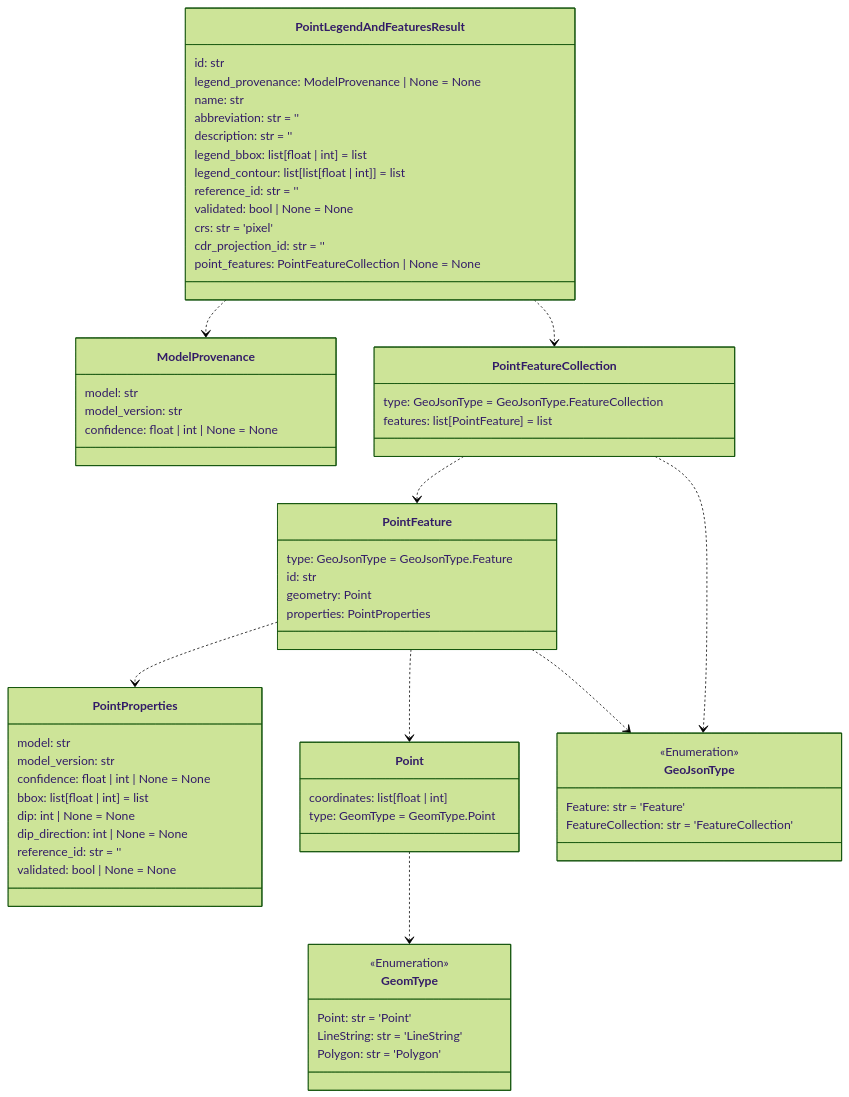
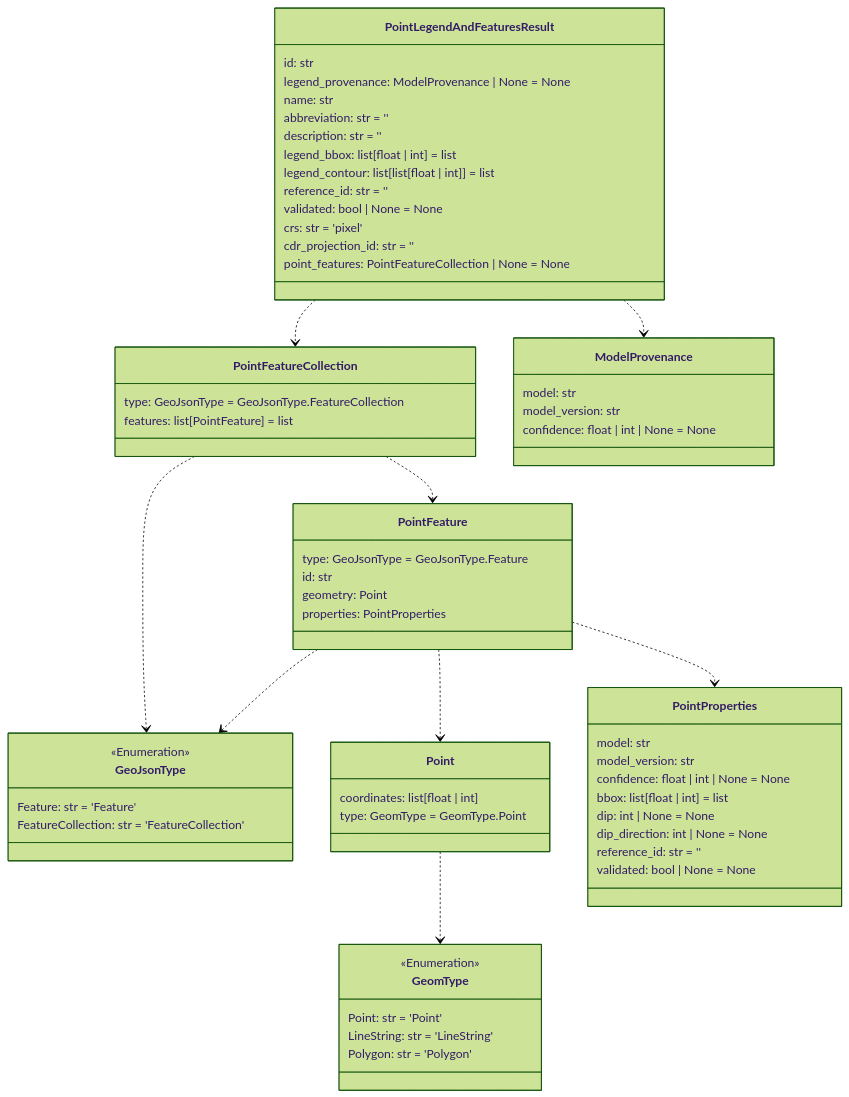
One commit to DARPA-CRITICALMAAS/cdr_schemas changed the fifth of 14 diagrams in README.md. Above: the diagram before and after it, drawn with Mermaid (forest theme). The commit also changed other lines of this file and 3 other files, not shown here.

````diff
--- a/README.md
+++ b/README.md
@@ -368,76 +368,76 @@
 ```mermaid
 classDiagram
 
-    class GeomType {
+    class GeoJsonType {
         <<Enumeration>>
-        Point: str = 'Point'
-        LineString: str = 'LineString'
-        Polygon: str = 'Polygon'
-    }
-
-    class PointProperties {
-        model: str
-        model_version: str
-        confidence: float | int | None = None
-        bbox: list[float | int] = list
-        dip: int | None = None
-        dip_direction: int | None = None
-        reference_id: str = ''
-        validated: bool | None = None
+        Feature: str = 'Feature'
+        FeatureCollection: str = 'FeatureCollection'
     }
 
     class Point {
         coordinates: list[float | int]
         type: GeomType = GeomType.Point
-    }
-
-    class ModelProvenance {
-        model: str
-        model_version: str
-        confidence: float | int | None = None
     }
 
     class PointLegendAndFeaturesResult {
         id: str
         legend_provenance: ModelProvenance | None = None
         name: str
         abbreviation: str = ''
         description: str = ''
         legend_bbox: list[float | int] = list
         legend_contour: list[list[float | int]] = list
         reference_id: str = ''
         validated: bool | None = None
         crs: str = 'pixel'
         cdr_projection_id: str = ''
         point_features: PointFeatureCollection | None = None
     }
 
+    class PointProperties {
+        model: str
+        model_version: str
+        confidence: float | int | None = None
+        bbox: list[float | int] = list
+        dip: int | None = None
+        dip_direction: int | None = None
+        reference_id: str = ''
+        validated: bool | None = None
+    }
+
+    class GeomType {
+        <<Enumeration>>
+        Point: str = 'Point'
+        LineString: str = 'LineString'
+        Polygon: str = 'Polygon'
+    }
+
+    class PointFeatureCollection {
+        type: GeoJsonType = GeoJsonType.FeatureCollection
+        features: list[PointFeature] = list
+    }
+
+    class ModelProvenance {
+        model: str
+        model_version: str
+        confidence: float | int | None = None
+    }
+
     class PointFeature {
         type: GeoJsonType = GeoJsonType.Feature
         id: str
         geometry: Point
         properties: PointProperties
     }
 
-    class GeoJsonType {
-        <<Enumeration>>
-        Feature: str = 'Feature'
-        FeatureCollection: str = 'FeatureCollection'
-    }
-
-    class PointFeatureCollection {
-        type: GeoJsonType = GeoJsonType.FeatureCollection
-        features: list[PointFeature] = list
-    }
-
     Point ..> GeomType
+    PointFeature ..> PointProperties
+    PointFeature ..> GeoJsonType
     PointFeature ..> Point
-    PointFeature ..> GeoJsonType
-    PointFeature ..> PointProperties
     PointFeatureCollection ..> PointFeature
     PointFeatureCollection ..> GeoJsonType
     PointLegendAndFeaturesResult ..> PointFeatureCollection
     PointLegendAndFeaturesResult ..> ModelProvenance
 
 
 ```
````
